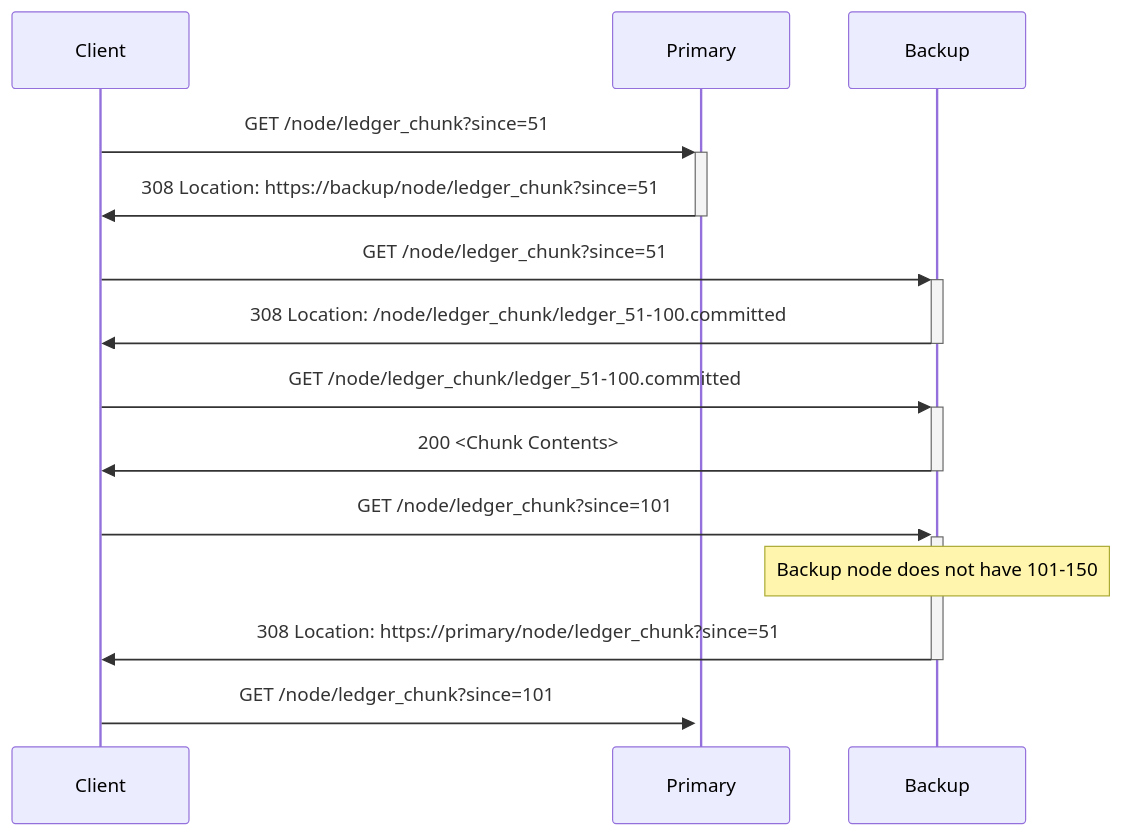
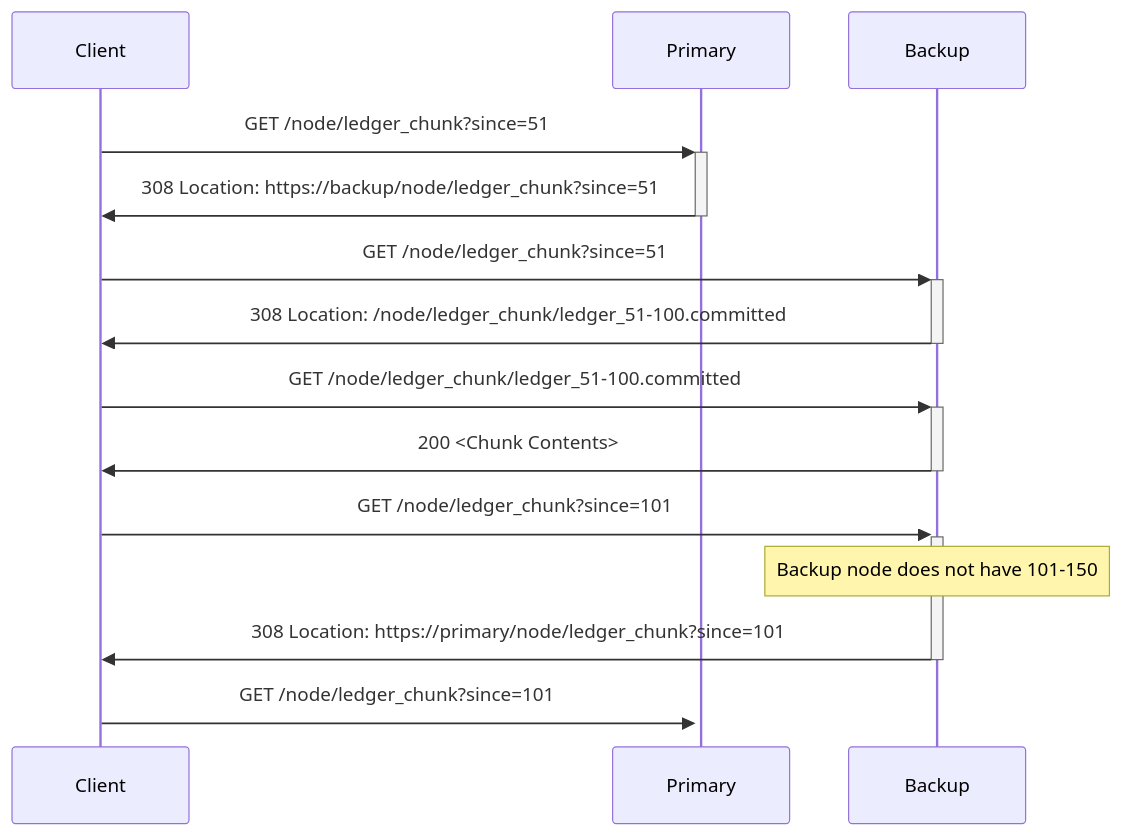
Before and after one commit to cjen1-msft/CCF: the second of 5 diagrams in doc/operations/ledger_snapshot.rst, drawn with Mermaid. The commit also changed other lines of this file and 80 other files, not shown here.

```diff
--- a/doc/operations/ledger_snapshot.rst
+++ b/doc/operations/ledger_snapshot.rst
@@ -97,13 +97,13 @@
 .. mermaid::
 
     sequenceDiagram
         Client->>+Primary: GET /node/ledger_chunk?since=51
         Primary->>-Client: 308 Location: https://backup/node/ledger_chunk?since=51
         Client->>+Backup: GET /node/ledger_chunk?since=51
         Backup->>-Client: 308 Location: /node/ledger_chunk/ledger_51-100.committed
         Client->>+Backup: GET /node/ledger_chunk/ledger_51-100.committed
         Backup->>-Client: 200 <Chunk Contents>
         Client->>+Backup: GET /node/ledger_chunk?since=101
         Note over Backup: Backup node does not have 101-150
-        Backup->>-Client: 308 Location: https://primary/node/ledger_chunk?since=51
+        Backup->>-Client: 308 Location: https://primary/node/ledger_chunk?since=101
         Client->>+Primary: GET /node/ledger_chunk?since=101
```
